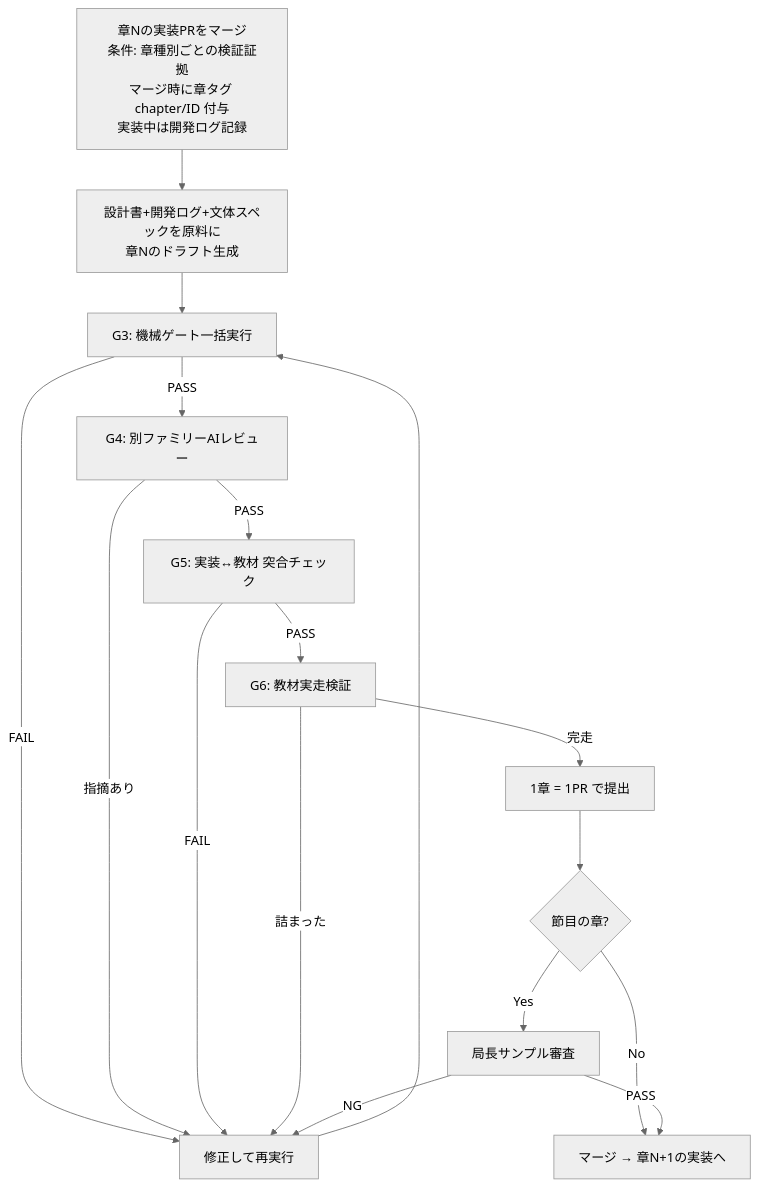
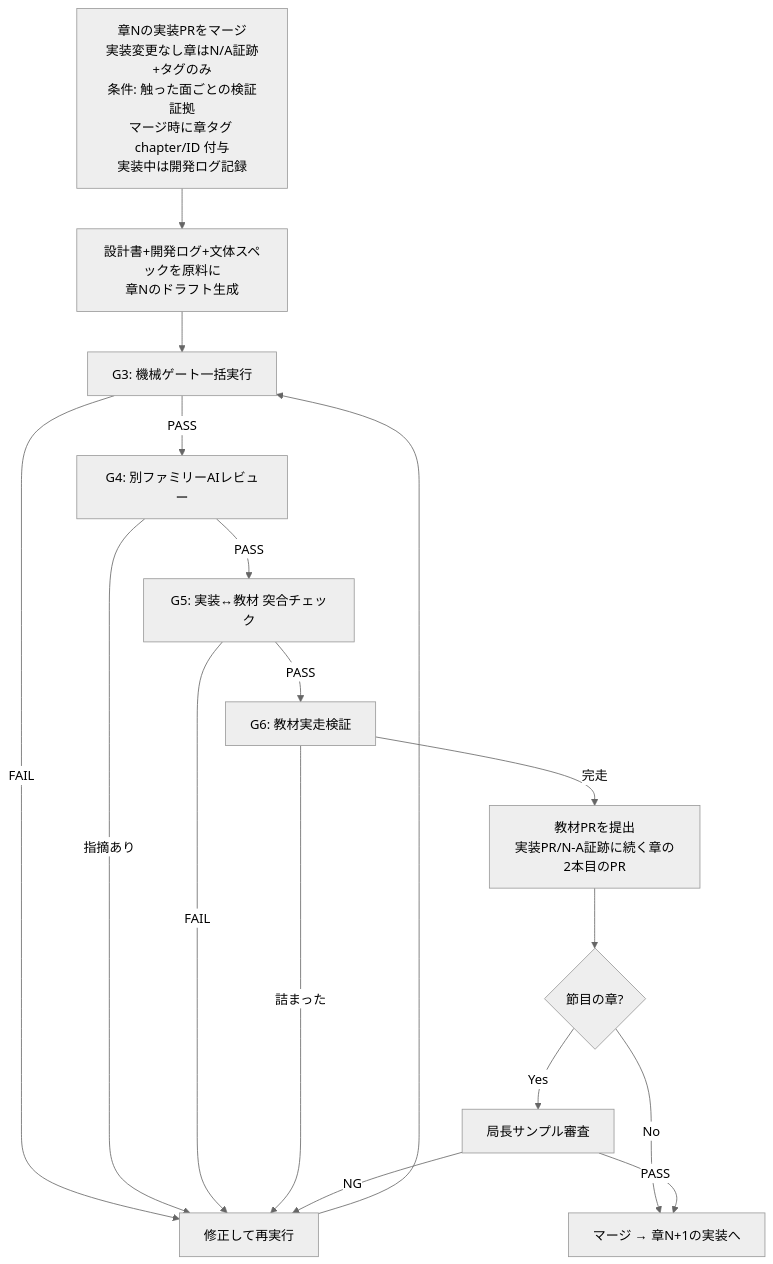
One commit to kouiso/sns-app changed the diagram in material/10_教材制作フロー.md. Above: the diagram before and after it, drawn with Mermaid (neutral theme). The commit also changed other lines of this file and 3 other files, not shown here.

````diff
--- a/material/10_教材制作フロー.md
+++ b/material/10_教材制作フロー.md
@@ -125,18 +128,18 @@
 ```mermaid
 flowchart TD
-  Z[章Nの実装PRをマージ<br>条件: 章種別ごとの検証証拠<br>マージ時に章タグ chapter/ID 付与<br>実装中は開発ログ記録] --> A[設計書+開発ログ+文体スペックを原料に<br>章Nのドラフト生成]
+  Z[章Nの実装PRをマージ<br>実装変更なし章はN/A証跡+タグのみ<br>条件: 触った面ごとの検証証拠<br>マージ時に章タグ chapter/ID 付与<br>実装中は開発ログ記録] --> A[設計書+開発ログ+文体スペックを原料に<br>章Nのドラフト生成]
   A --> B[G3: 機械ゲート一括実行]
   B -->|FAIL| A2[修正して再実行] --> B
   B -->|PASS| C[G4: 別ファミリーAIレビュー]
   C -->|指摘あり| A2
   C -->|PASS| D[G5: 実装↔教材 突合チェック]
   D -->|FAIL| A2
   D -->|PASS| D2[G6: 教材実走検証]
   D2 -->|詰まった| A2
-  D2 -->|完走| E[1章 = 1PR で提出]
+  D2 -->|完走| E[教材PRを提出<br>実装PR/N-A証跡に続く章の2本目のPR]
   E --> F{節目の章?}
   F -->|Yes| G[局長サンプル審査]
   F -->|No| H[マージ → 章N+1の実装へ]
   G -->|PASS| H
   G -->|NG| A2
 ```
````
